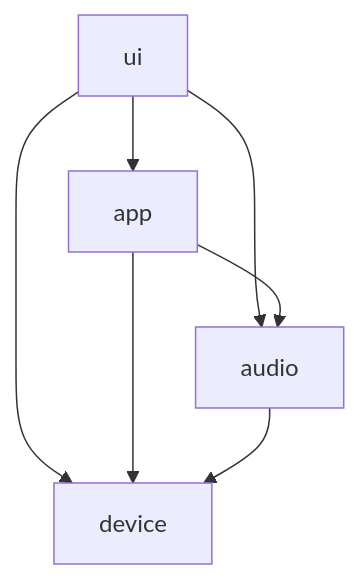
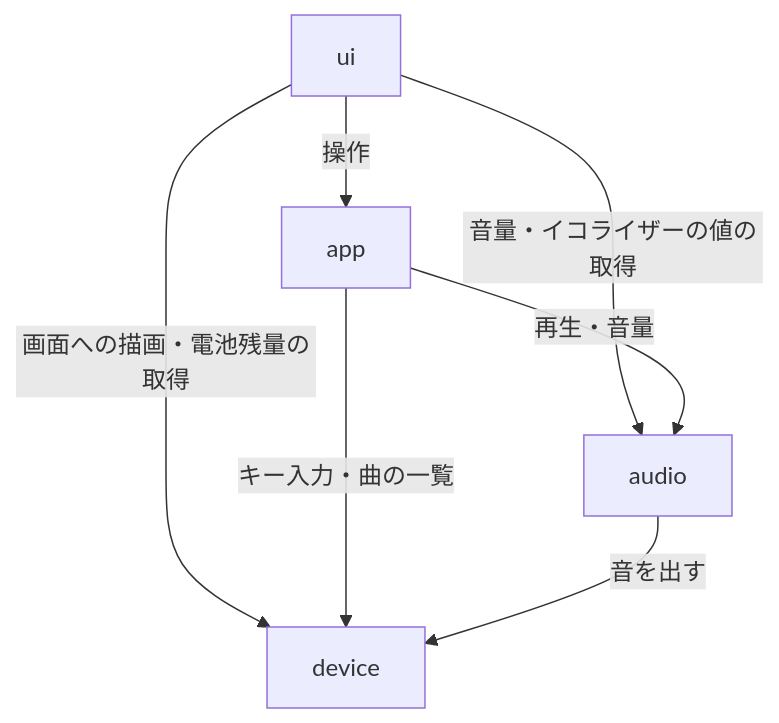
One commit to stonedev-app/pocket-deck changed the diagram in docs/architecture/overview.md. Above: the diagram before and after it, drawn with Mermaid. The commit also changed other lines of this file, not shown here.

Commit message:
docs: overview の audio の役割と階層図の矢印の説明を直す

````diff
--- a/docs/architecture/overview.md
+++ b/docs/architecture/overview.md
@@ -19,9 +19,9 @@
 ```mermaid
 flowchart TB
-    ui --> app
-    ui --> audio
-    ui --> device
-    app --> audio
-    app --> device
-    audio --> device
+    ui -->|操作| app
+    ui -->|音量・イコライザーの値の取得| audio
+    ui -->|画面への描画・電池残量の取得| device
+    app -->|再生・音量| audio
+    app -->|キー入力・曲の一覧| device
+    audio -->|音を出す| device
 ```
````
